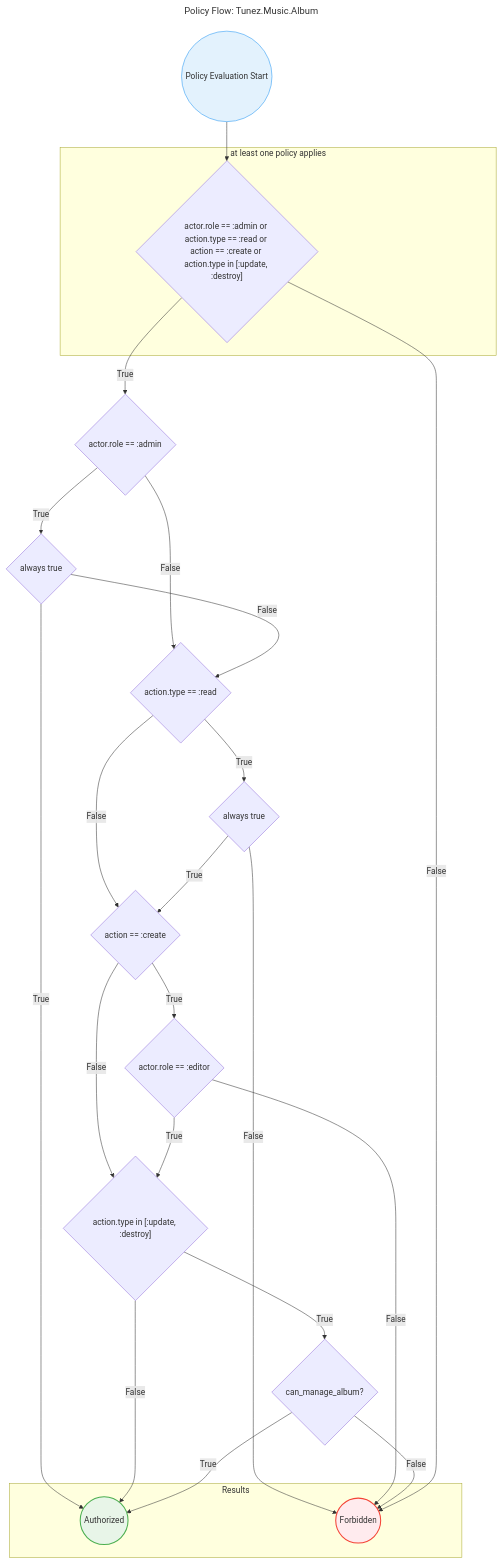
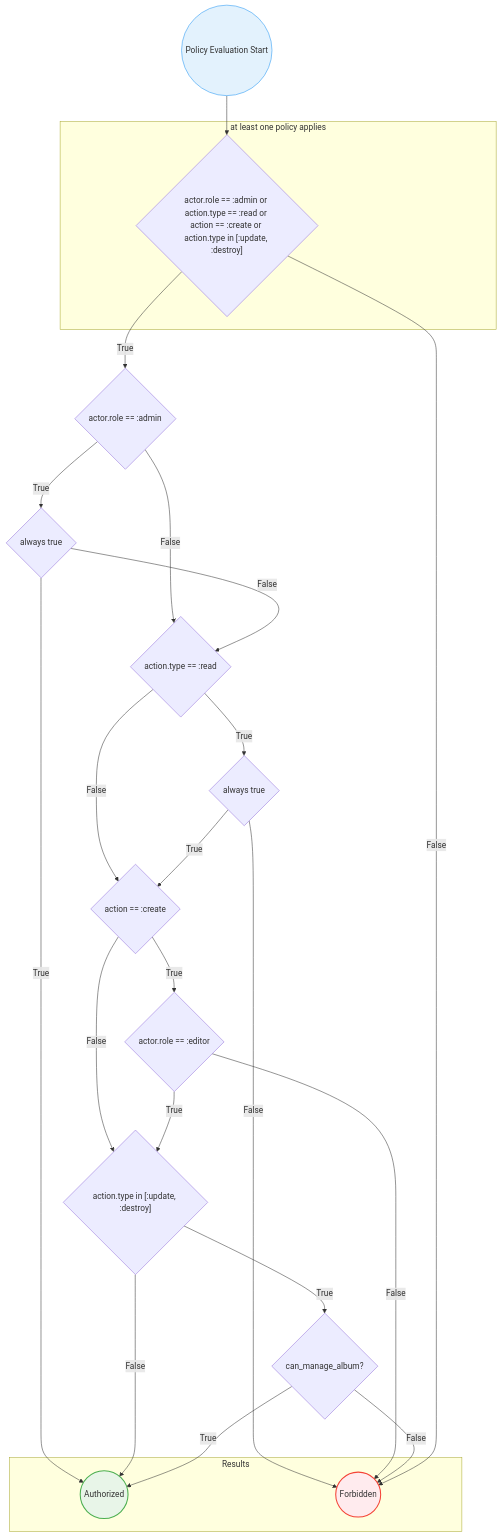
The fourth of 5 diagrams in README.md (team-alembic/ash_diagram), drawn with Mermaid before and after one commit. The commit also changed other lines of this file and 16 other files, not shown here.

Commit message:
Policy Simulation Chart

````diff
--- a/README.md
+++ b/README.md
@@ -383,48 +382,45 @@
 ```mermaid
----
-title: "Policy Flow: Tunez.Music.Album"
----
 flowchart TD
   start((Policy Evaluation Start))
   subgraph at_least_one_policy [at least one policy applies]
     at_least_one_policy_check{"actor.role == :admin or action.type == :read or action == :create or action.type in [:update, :destroy]"}
   end
   0_conditions{"actor.role == :admin"}
   0_checks_0{"always true"}
   1_conditions{"action.type == :read"}
   1_checks_0{"always true"}
   2_conditions{"action == :create"}
   2_checks_0{"actor.role == :editor"}
   3_conditions{"action.type in [:update, :destroy]"}
   3_checks_0{"can_manage_album?"}
   subgraph results [Results]
     authorized((Authorized))
     forbidden((Forbidden))
   end
   0_conditions -->|True| 0_checks_0
   0_conditions -->|False| 1_conditions
   0_checks_0 -->|True| authorized
   0_checks_0 -->|False| 1_conditions
   1_conditions -->|True| 1_checks_0
   1_conditions -->|False| 2_conditions
   1_checks_0 -->|True| 2_conditions
   1_checks_0 -->|False| forbidden
   2_conditions -->|True| 2_checks_0
   2_conditions -->|False| 3_conditions
   2_checks_0 -->|True| 3_conditions
   2_checks_0 -->|False| forbidden
   3_conditions -->|True| 3_checks_0
   3_conditions -->|False| authorized
   3_checks_0 -->|True| authorized
   3_checks_0 -->|False| forbidden
   start --> at_least_one_policy_check
   at_least_one_policy_check -->|False| forbidden
   at_least_one_policy_check -->|True| 0_conditions
   classDef authorized fill:#e8f5e8,stroke:#4CAF50,stroke-width:2px
   classDef forbidden fill:#ffebee,stroke:#f44336,stroke-width:2px
   classDef condition fill:#e3f2fd,stroke:#2196F3
   class authorized authorized
   class forbidden forbidden
   class start condition
 
 ```
````
